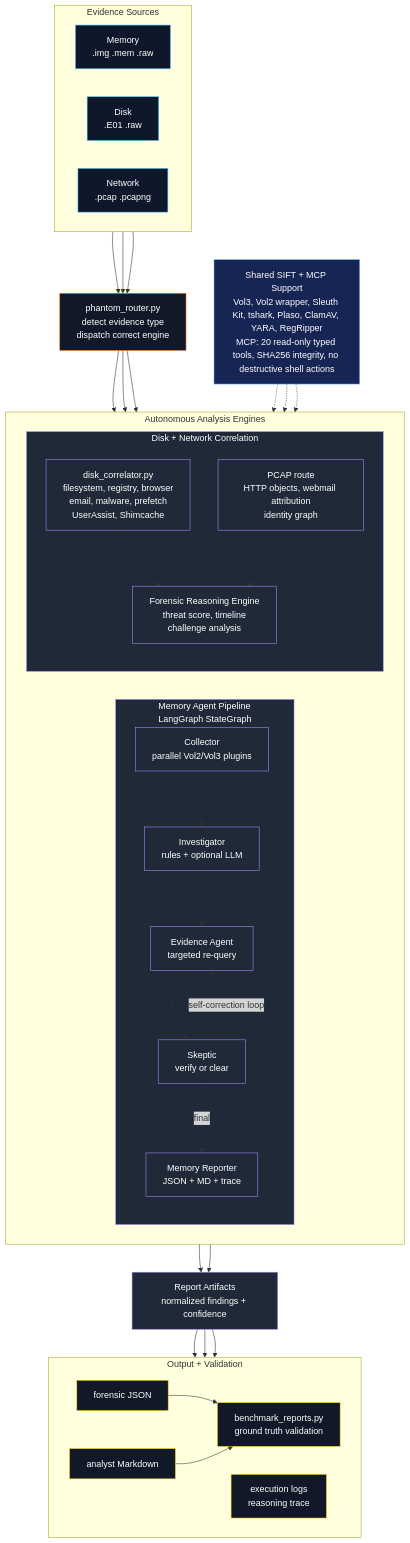
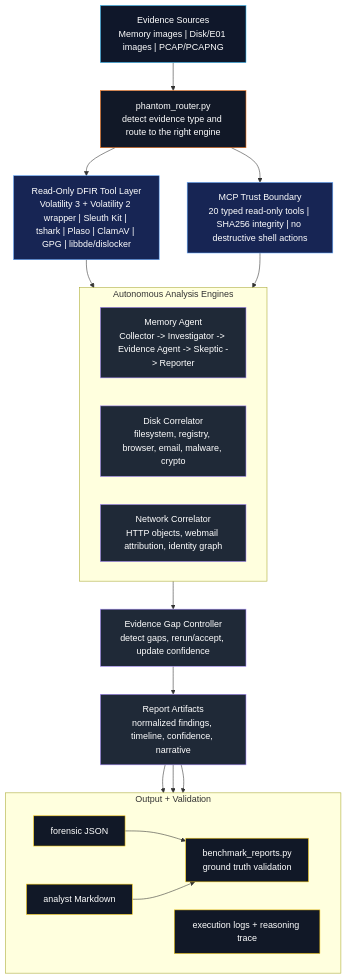
One commit to romilp619/Phantom-DFIR changed the diagram in README.md. Above: the diagram before and after it, drawn with Mermaid.

Commit message:
Simplify README architecture diagram

````diff
--- a/README.md
+++ b/README.md
@@ -634,80 +634,51 @@
 ```mermaid
 flowchart TB
     classDef input fill:#0f172a,stroke:#38bdf8,color:#ffffff,stroke-width:1px;
-    classDef route fill:#111827,stroke:#f97316,color:#ffffff,stroke-width:1px;
+    classDef router fill:#111827,stroke:#f97316,color:#ffffff,stroke-width:1px;
+    classDef tools fill:#172554,stroke:#60a5fa,color:#ffffff,stroke-width:1px;
     classDef engine fill:#1f2937,stroke:#a78bfa,color:#ffffff,stroke-width:1px;
-    classDef support fill:#172554,stroke:#60a5fa,color:#ffffff,stroke-width:1px;
     classDef output fill:#111827,stroke:#facc15,color:#ffffff,stroke-width:1px;
 
-    subgraph INPUT["Evidence Sources"]
-        direction LR
-        MEM["Memory<br/>.img .mem .raw"]
-        DISK["Disk<br/>.E01 .raw"]
-        PCAP["Network<br/>.pcap .pcapng"]
-    end
+    INPUT["Evidence Sources<br/>Memory images | Disk/E01 images | PCAP/PCAPNG"]
+    ROUTER["phantom_router.py<br/>detect evidence type and route to the right engine"]
 
-    ROUTER["phantom_router.py<br/>detect evidence type<br/>dispatch correct engine"]
-
-    SUPPORT["Shared SIFT + MCP Support<br/>Vol3, Vol2 wrapper, Sleuth Kit, tshark, Plaso, ClamAV, YARA, RegRipper<br/>MCP: 20 read-only typed tools, SHA256 integrity, no destructive shell actions"]
+    TOOLS["Read-Only DFIR Tool Layer<br/>Volatility 3 + Volatility 2 wrapper | Sleuth Kit | tshark | Plaso | ClamAV | GPG | libbde/dislocker"]
+    MCP["MCP Trust Boundary<br/>20 typed read-only tools | SHA256 integrity | no destructive shell actions"]
 
     subgraph ENGINES["Autonomous Analysis Engines"]
         direction LR
-
-        subgraph MEMORY["Memory Agent Pipeline<br/>LangGraph StateGraph"]
-            direction TB
-            MCOL["Collector<br/>parallel Vol2/Vol3 plugins"]
-            MINV["Investigator<br/>rules + optional LLM"]
-            MEVD["Evidence Agent<br/>targeted re-query"]
-            MSKP["Skeptic<br/>verify or clear"]
-            MRPT["Memory Reporter<br/>JSON + MD + trace"]
-            MCOL --> MINV --> MEVD --> MSKP
-            MSKP -->|self-correction loop| MEVD
-            MSKP -->|final| MRPT
-        end
-
-        subgraph CORR["Disk + Network Correlation"]
-            direction TB
-            DENG["disk_correlator.py<br/>filesystem, registry, browser<br/>email, malware, prefetch<br/>UserAssist, Shimcache"]
-            NENG["PCAP route<br/>HTTP objects, webmail attribution<br/>identity graph"]
-            DRPT["Forensic Reasoning Engine<br/>threat score, timeline<br/>challenge analysis"]
-            DENG --> DRPT
-            NENG --> DRPT
-        end
+        MEM["Memory Agent<br/>Collector -> Investigator -> Evidence Agent -> Skeptic -> Reporter"]
+        DISK["Disk Correlator<br/>filesystem, registry, browser, email, malware, crypto"]
+        NET["Network Correlator<br/>HTTP objects, webmail attribution, identity graph"]
     end
 
-    ARTIFACTS["Report Artifacts<br/>normalized findings + confidence"]
+    GAP["Evidence Gap Controller<br/>detect gaps, rerun/accept, update confidence"]
+    REPORTS["Report Artifacts<br/>normalized findings, timeline, confidence, narrative"]
 
     subgraph OUTPUT["Output + Validation"]
         direction LR
         JSON["forensic JSON"]
         MD["analyst Markdown"]
-        LOGS["execution logs<br/>reasoning trace"]
+        LOGS["execution logs + reasoning trace"]
         BENCH["benchmark_reports.py<br/>ground truth validation"]
     end
 
-    MEM --> ROUTER
-    DISK --> ROUTER
-    PCAP --> ROUTER
-
-    ROUTER --> MCOL
-    ROUTER --> DENG
-    ROUTER --> NENG
-
-    SUPPORT -.-> MCOL
-    SUPPORT -.-> DENG
-    SUPPORT -.-> NENG
-
-    MRPT --> ARTIFACTS
-    DRPT --> ARTIFACTS
-    ARTIFACTS --> JSON
-    ARTIFACTS --> MD
-    ARTIFACTS --> LOGS
+    INPUT --> ROUTER
+    ROUTER --> TOOLS
+    ROUTER --> MCP
+    TOOLS --> ENGINES
+    MCP --> ENGINES
+    ENGINES --> GAP
+    GAP --> REPORTS
+    REPORTS --> JSON
+    REPORTS --> MD
+    REPORTS --> LOGS
     JSON --> BENCH
     MD --> BENCH
 
-    class MEM,DISK,PCAP input;
-    class ROUTER route;
-    class MEMORY,CORR,MCOL,MINV,MEVD,MSKP,MRPT,DENG,NENG,DRPT,ARTIFACTS engine;
-    class SUPPORT support;
+    class INPUT input;
+    class ROUTER router;
+    class TOOLS,MCP tools;
+    class MEM,DISK,NET,GAP,REPORTS engine;
     class JSON,MD,LOGS,BENCH output;
 ```
````
